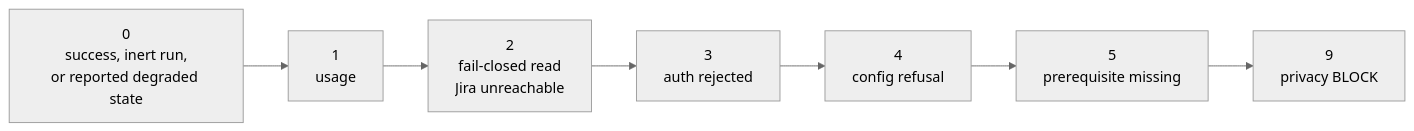
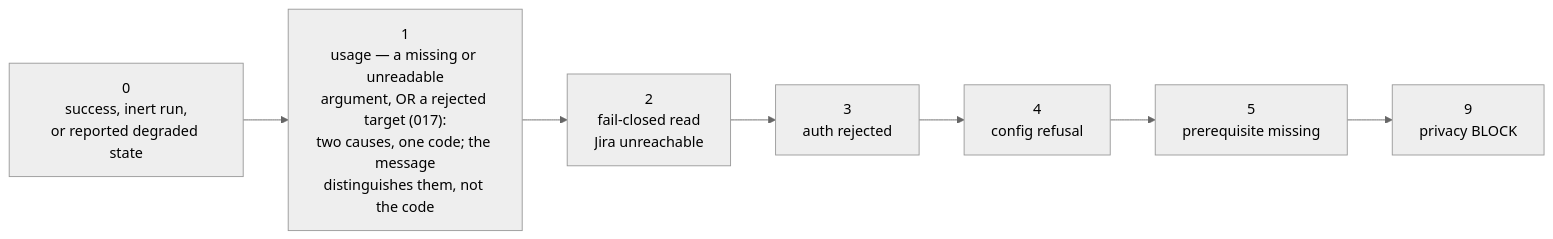
Before and after one commit to Fyloss/spec-kit-jira: the sixth of 7 diagrams in docs/08-safety-model.md, drawn with Mermaid (neutral theme). The commit also changed 84 other files, not shown here.

````diff
--- a/docs/08-safety-model.md
+++ b/docs/08-safety-model.md
@@ -175,12 +175,12 @@
 ```mermaid
 flowchart LR
     E0["0<br/>success, inert run,<br/>or reported degraded state"]
-    E1["1<br/>usage"]
+    E1["1<br/>usage — a missing or unreadable<br/>argument, OR a rejected target (017):<br/>two causes, one code; the message<br/>distinguishes them, not the code"]
     E2["2<br/>fail-closed read<br/>Jira unreachable"]
     E3["3<br/>auth rejected"]
     E4["4<br/>config refusal"]
     E5["5<br/>prerequisite missing"]
     E9["9<br/>privacy BLOCK"]
 
     E0 --> E1 --> E2 --> E3 --> E4 --> E5 --> E9
 ```
````
